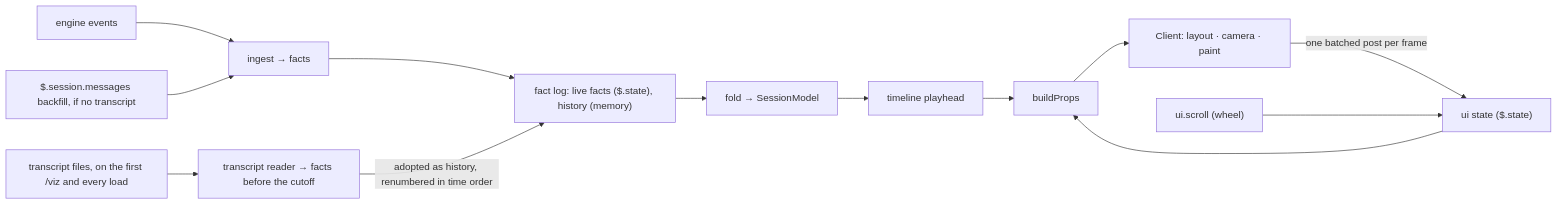
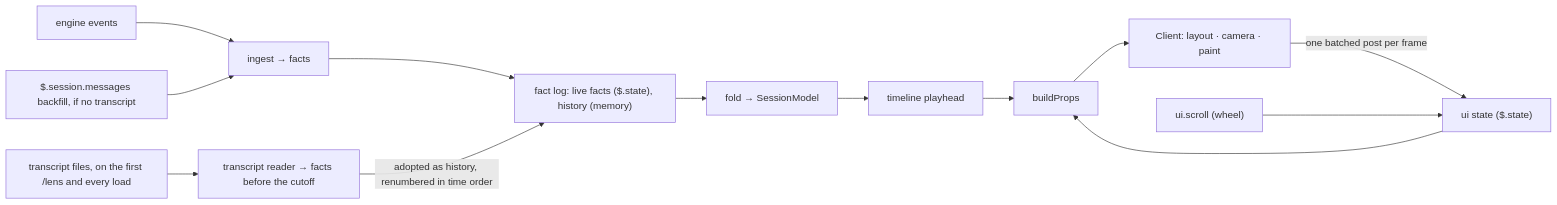
The diagram in docs/architecture.md (thphuong/agent-lens), drawn with Mermaid before and after one commit. The commit also changed other lines of this file and 15 other files, not shown here.

````diff
--- a/docs/architecture.md
+++ b/docs/architecture.md
@@ -76,13 +76,13 @@
 ```mermaid
 flowchart LR
   EV["engine events"] --> IN["ingest → facts"]
-  TR["transcript files, on the first /viz and every load"] --> IMP["transcript reader → facts before the cutoff"]
+  TR["transcript files, on the first /lens and every load"] --> IMP["transcript reader → facts before the cutoff"]
   BF["$.session.messages backfill, if no transcript"] --> IN
   IN --> LOG["fact log: live facts ($.state), history (memory)"]
   IMP -- "adopted as history, renumbered in time order" --> LOG
   LOG --> FOLD["fold → SessionModel"] --> TL["timeline playhead"] --> PROPS["buildProps"]
   UI["ui state ($.state)"] --> PROPS
   PROPS --> CL["Client: layout · camera · paint"]
   CL -- "one batched post per frame" --> UI
   WH["ui.scroll (wheel)"] --> UI
 ```
````
